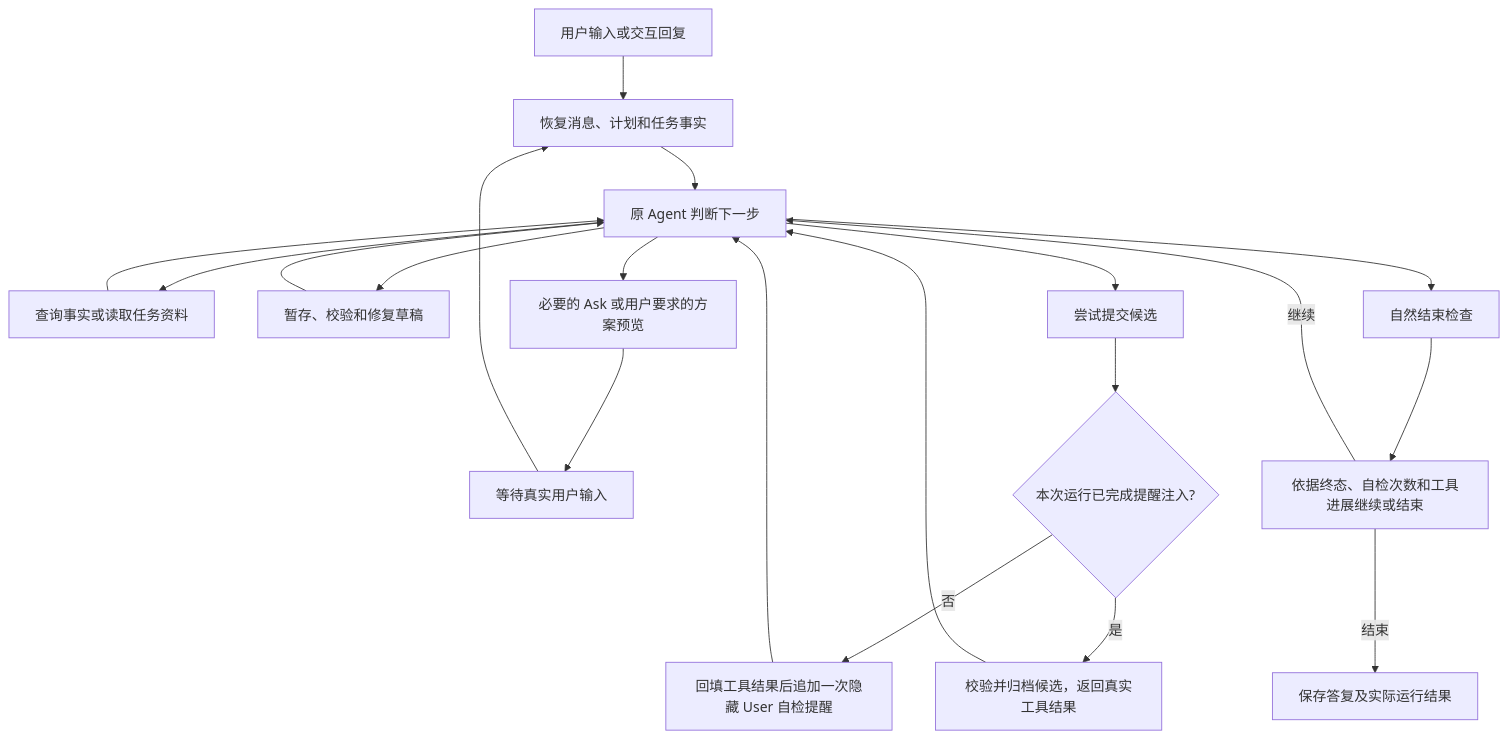
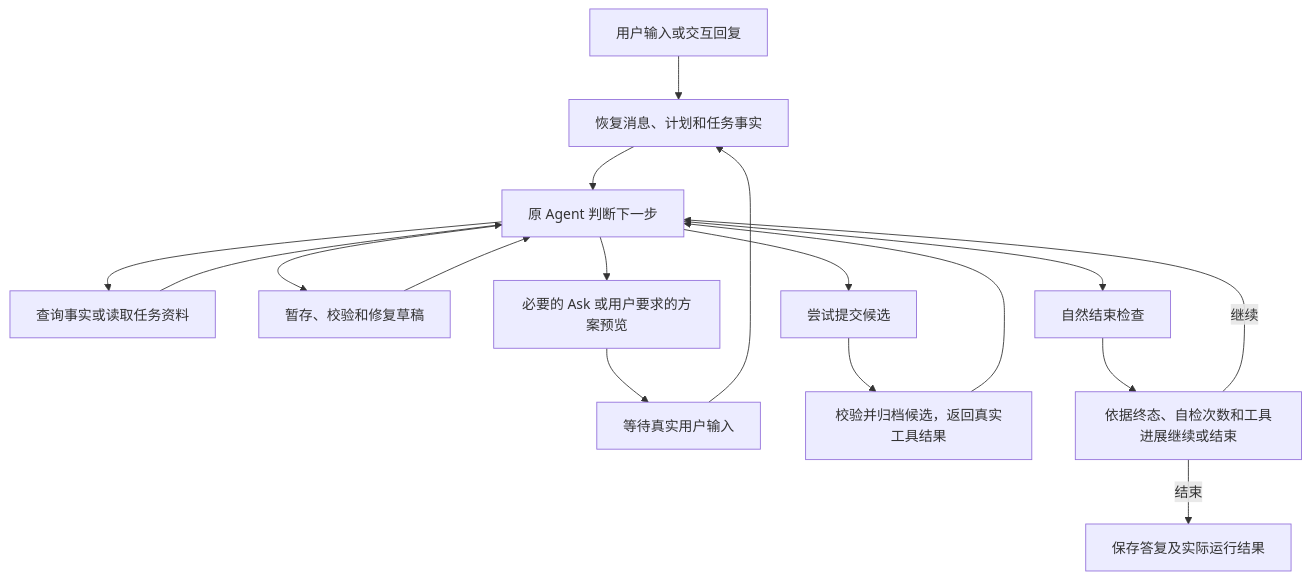
Before and after one commit to gabrielmoreira/agent-skills-mirror: the diagram in mirrors/repos/labring@FastGPT/.agents/design/core/ai/workflow-builder-continuous-delivery.md, drawn with Mermaid. The commit also changed other lines of this file and 2832 other files, not shown here.

````diff
--- a/mirrors/repos/labring@FastGPT/.agents/design/core/ai/workflow-builder-continuous-delivery.md
+++ b/mirrors/repos/labring@FastGPT/.agents/design/core/ai/workflow-builder-continuous-delivery.md
@@ -28,22 +28,19 @@
 ```mermaid
 flowchart TD
   U[用户输入或交互回复] --> C[恢复消息、计划和任务事实]
   C --> A[原 Agent 判断下一步]
   A --> Q[查询事实或读取任务资料]
   A --> B[暂存、校验和修复草稿]
   A --> I[必要的 Ask 或用户要求的方案预览]
   A --> K[尝试提交候选]
   A --> N[自然结束检查]
   Q --> A
   B --> A
   I --> W[等待真实用户输入]
   W --> C
-  K --> G{本次运行已完成提醒注入?}
-  G -->|否| R[回填工具结果后追加一次隐藏 User 自检提醒]
-  G -->|是| D[校验并归档候选，返回真实工具结果]
-  R --> A
+  K --> D[校验并归档候选，返回真实工具结果]
   D --> A
   N --> P[依据终态、自检次数和工具进展继续或结束]
   P -->|继续| A
   P -->|结束| E[保存答复及实际运行结果]
 ```
````
